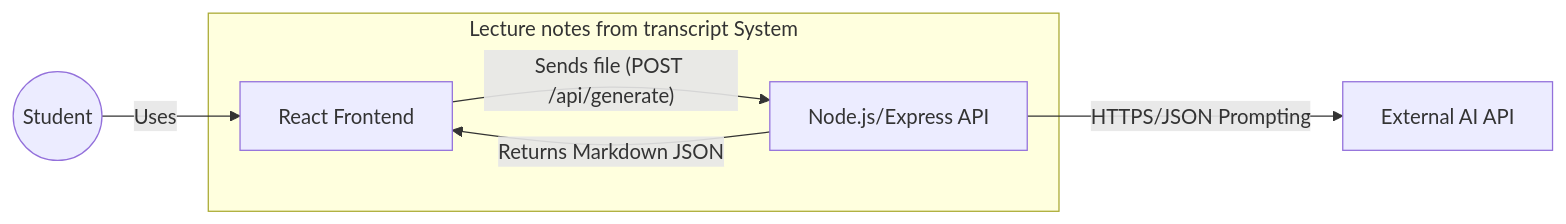
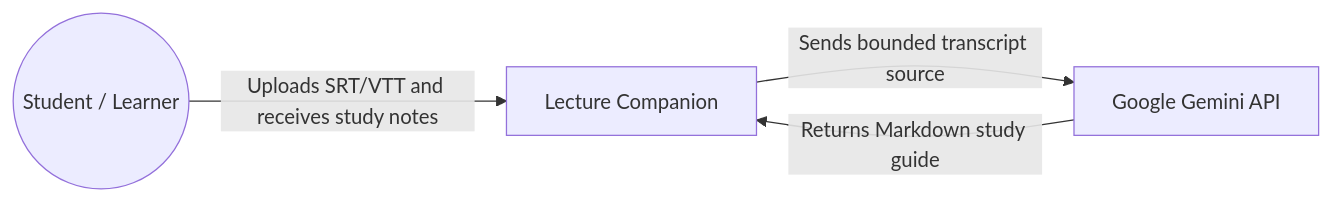
Before and after one commit to devChathura/lecture-notes-from-transcript: the diagram in docs/diagrams/context_diagram.mmd, drawn with Mermaid. The commit also changed 12 other files, not shown here.

Commit message:
docs: refresh project docs, diagrams, screenshots, and coverage notes

```diff
--- a/docs/diagrams/context_diagram.mmd
+++ b/docs/diagrams/context_diagram.mmd
@@ -1,9 +1,8 @@
-graph LR
-    User((Student)) -- Uses --> SPA[React Frontend]
-    
-    subgraph "Lecture notes from transcript System"
-        SPA -- "Sends file (POST /api/generate)" --> API[Node.js/Express API]
-        API -- "Returns Markdown JSON" --> SPA
-    end
+flowchart LR
+    User((Student / Learner))
+    System[Lecture Companion]
+    Gemini[Google Gemini API]
 
-    API -- "HTTPS/JSON Prompting" --> LLM[External AI API]
+    User -->|Uploads SRT/VTT and receives study notes| System
+    System -->|Sends bounded transcript source| Gemini
+    Gemini -->|Returns Markdown study guide| System
```
